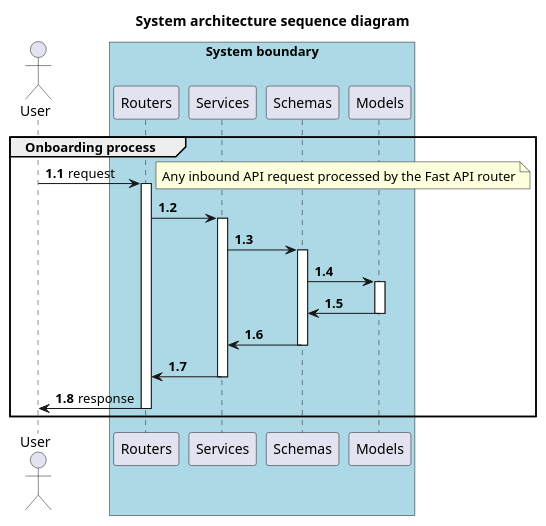
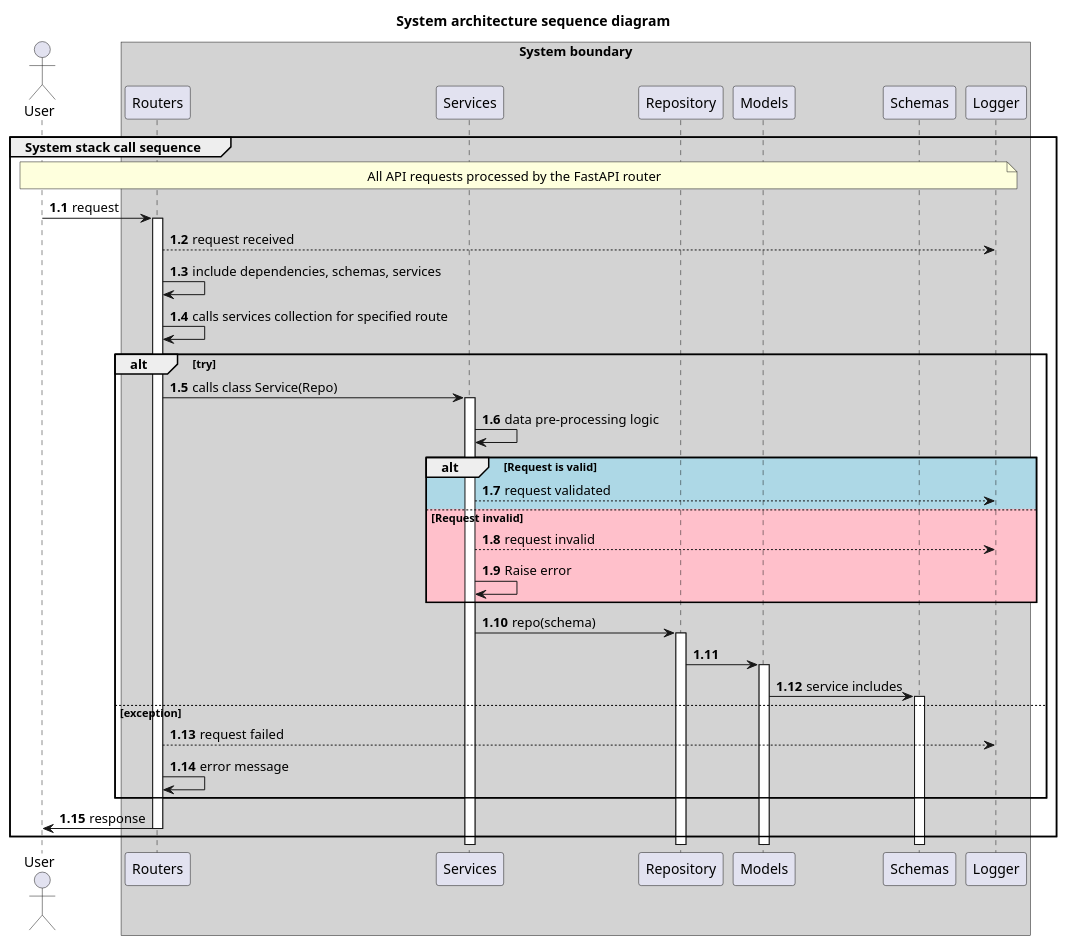
The diagram in docs/architecture.puml (msfs11/ConsentManager), drawn with PlantUML before and after one commit. The commit also changed 14 other files, not shown here.

```diff
--- a/docs/architecture.puml
+++ b/docs/architecture.puml
@@ -1,29 +1,52 @@
 @startuml architecture_sequence
 
 title System architecture sequence diagram
 actor User as user
 
-box "System boundary" #LightBlue
+box "System boundary" #LightGray
     participant "Routers" as rt
     participant "Services" as svc
+    participant "Repository" as repo
+    participant "Models" as md
     participant "Schemas" as scm
-    participant "Models" as md
+    participant "Logger" as log
 end box
 
 autonumber 1.1
-group Onboarding process
+group System stack call sequence
+
+    note across
+        All API requests processed by the FastAPI router
+    end note
+
     user -> rt++: request
-    note right
-        Any inbound API request processed by the Fast API router
-    end note
-    rt -> svc++: 
-    svc -> scm++:
-    scm -> md++:
+    rt --> log: request received
+    rt -> rt: include dependencies, schemas, services
+    rt -> rt: calls services collection for specified route
+    alt try
+        rt -> svc++: calls class Service(Repo)
+        svc -> svc: data pre-processing logic
+        
+        alt #LightBlue Request is valid
+            svc --> log: request validated
+        else #Pink Request invalid
+            svc --> log: request invalid
+            svc -> svc: Raise error
+        end
 
-    md -> scm--:
-    scm -> svc--:
-    svc -> rt--: 
+        svc -> repo++: repo(schema)
+        repo -> md++:
+        md -> scm++: service includes 
+
+        ' md -> scm--:
+        ' scm -> svc--:
+        ' svc -> rt--: 
+        ' svc -> svc: route spcefic additional logic
+    else exception
+        rt --> log: request failed
+        rt -> rt: error message
+    end alt
     rt -> user--: response
 end
 
 @enduml
```
